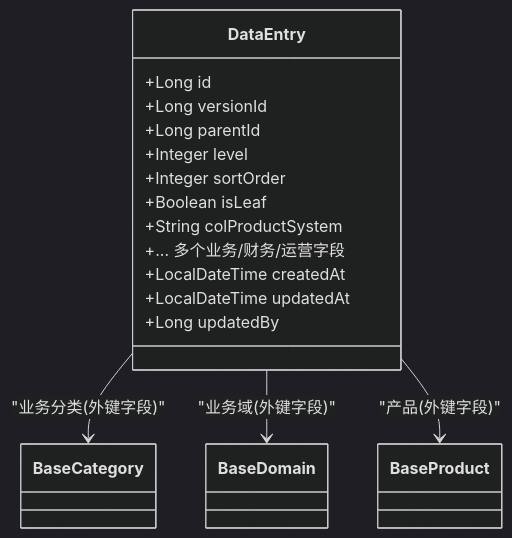
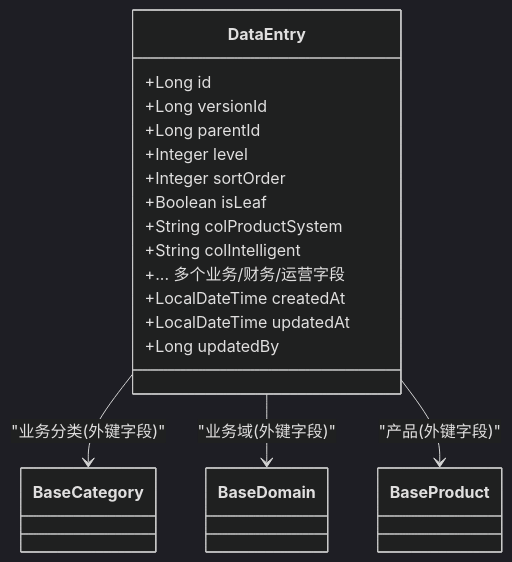
One commit to kinke0/ProductList changed the third of 7 diagrams in .qoder/repowiki/zh/content/后端架构设计/模块化架构/数据管理模块.md. Above: the diagram before and after it, drawn with Mermaid (dark theme). The commit also changed other lines of this file and 106 other files, not shown here.

Commit message:
V1.1.0: 修复清单导航树不匹配+统计视图加载遮罩+上下移提示

````diff
--- a/.qoder/repowiki/zh/content/后端架构设计/模块化架构/数据管理模块.md
+++ b/.qoder/repowiki/zh/content/后端架构设计/模块化架构/数据管理模块.md
@@ -119,22 +138,23 @@
 ```mermaid
 classDiagram
 class DataEntry {
 +Long id
 +Long versionId
 +Long parentId
 +Integer level
 +Integer sortOrder
 +Boolean isLeaf
 +String colProductSystem
++String colIntelligent
 +... 多个业务/财务/运营字段
 +LocalDateTime createdAt
 +LocalDateTime updatedAt
 +Long updatedBy
 }
 class BaseCategory
 class BaseDomain
 class BaseProduct
 DataEntry --> BaseCategory : "业务分类(外键字段)"
 DataEntry --> BaseDomain : "业务域(外键字段)"
 DataEntry --> BaseProduct : "产品(外键字段)"
 ```
````
